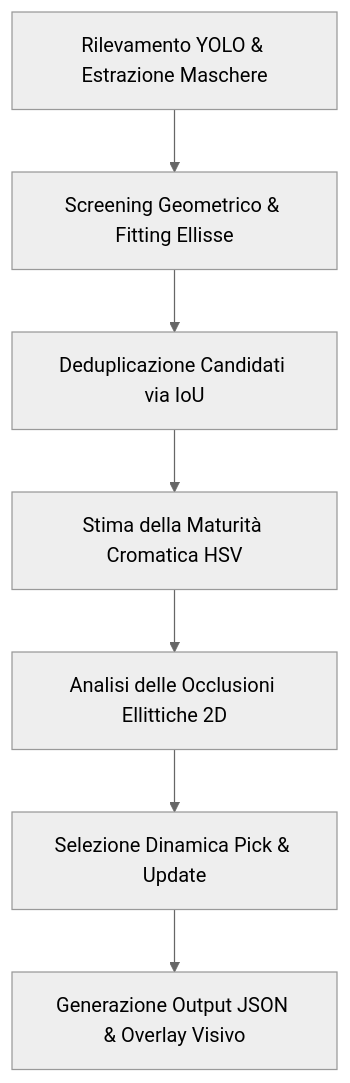
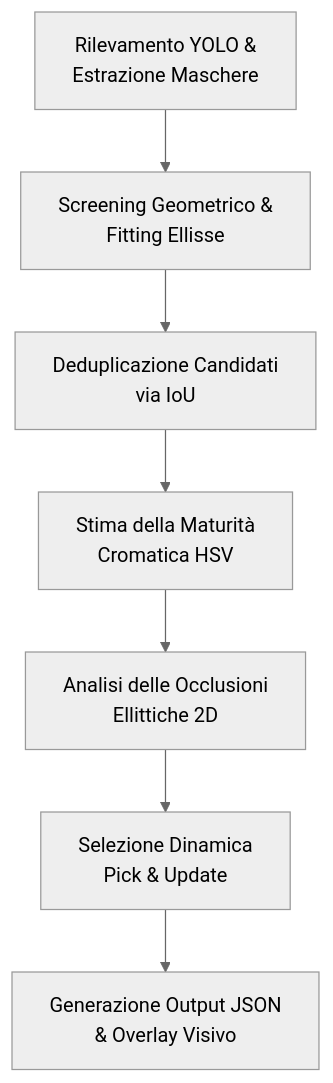
One commit to lollanza/AlgoritmoRicercaPomodoro changed the diagram in analisi_algoritmo.md. Above: the diagram before and after it, drawn with Mermaid (neutral theme).

````diff
--- a/analisi_algoritmo.md
+++ b/analisi_algoritmo.md
@@ -11,9 +11,9 @@
 ```mermaid
 graph TD
-    A[Rilevamento YOLO & Estrazione Maschere] --> B[Screening Geometrico & Fitting Ellisse]
-    B --> C[Deduplicazione Candidati via IoU]
-    C --> D[Stima della Maturità Cromatica HSV]
-    D --> E[Analisi delle Occlusioni Ellittiche 2D]
-    E --> F[Selezione Dinamica Pick & Update]
-    F --> G[Generazione Output JSON & Overlay Visivo]
+    A["Rilevamento YOLO &<br>Estrazione Maschere"] --> B["Screening Geometrico &<br>Fitting Ellisse"]
+    B --> C["Deduplicazione Candidati<br>via IoU"]
+    C --> D["Stima della Maturità<br>Cromatica HSV"]
+    D --> E["Analisi delle Occlusioni<br>Ellittiche 2D"]
+    E --> F["Selezione Dinamica<br>Pick & Update"]
+    F --> G["Generazione Output JSON<br>& Overlay Visivo"]
 ```
````
